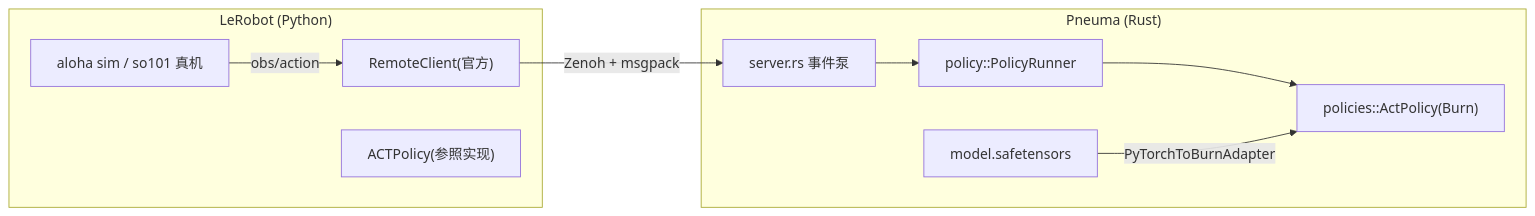
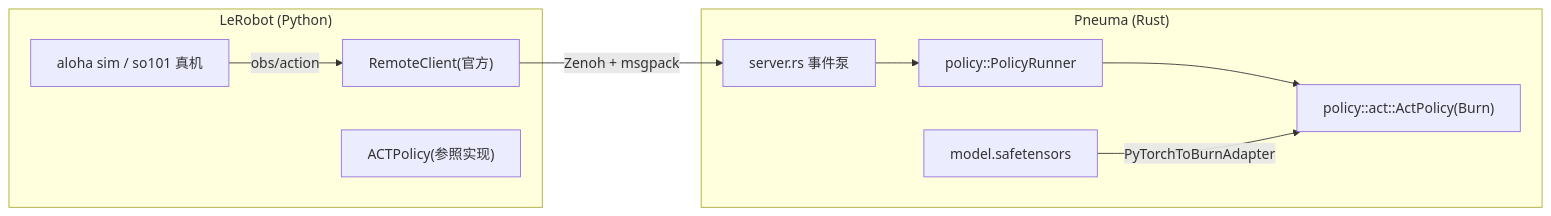
The diagram in DESIGN.md (ptrdlr14/pneuma), drawn with Mermaid before and after one commit. The commit also changed other lines of this file and 21 other files, not shown here.

````diff
--- a/DESIGN.md
+++ b/DESIGN.md
@@ -12,18 +12,18 @@
 ```mermaid
 flowchart LR
     subgraph py ["LeRobot (Python)"]
         env["aloha sim / so101 真机"]
         client["RemoteClient(官方)"]
         ref["ACTPolicy(参照实现)"]
     end
     subgraph rs ["Pneuma (Rust)"]
         pump["server.rs 事件泵"]
         runner["policy::PolicyRunner"]
-        act["policies::ActPolicy(Burn)"]
+        act["policy::act::ActPolicy(Burn)"]
         store["model.safetensors"]
     end
     env -- obs/action --> client
     client -- "Zenoh + msgpack" --> pump
     pump --> runner --> act
     store -- "PyTorchToBurnAdapter" --> act
 ```
````
